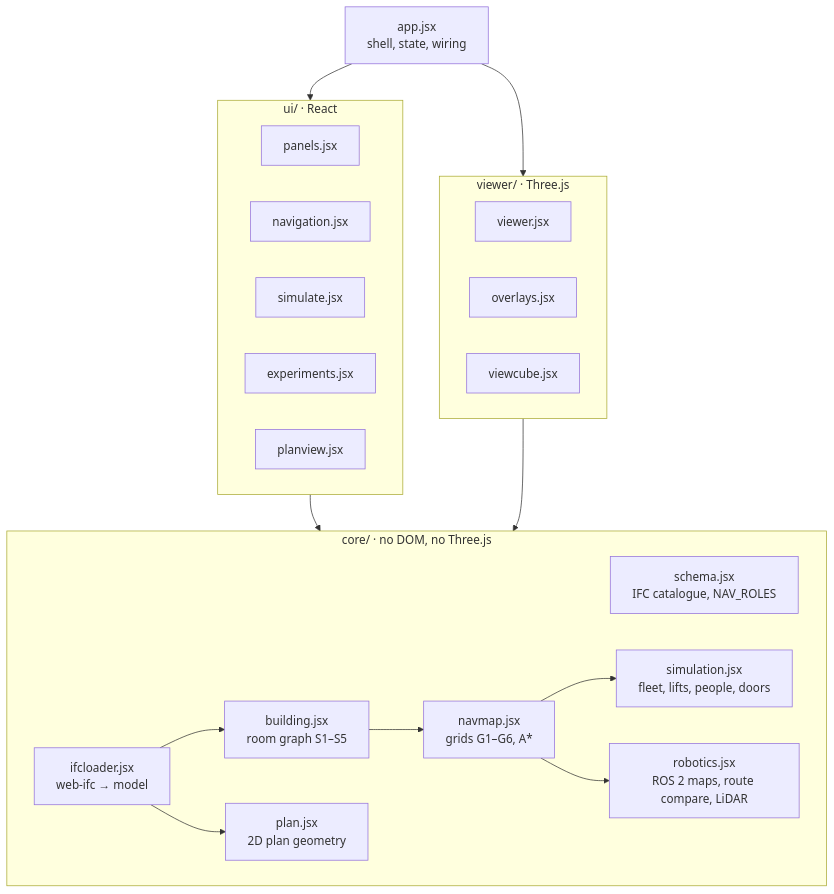
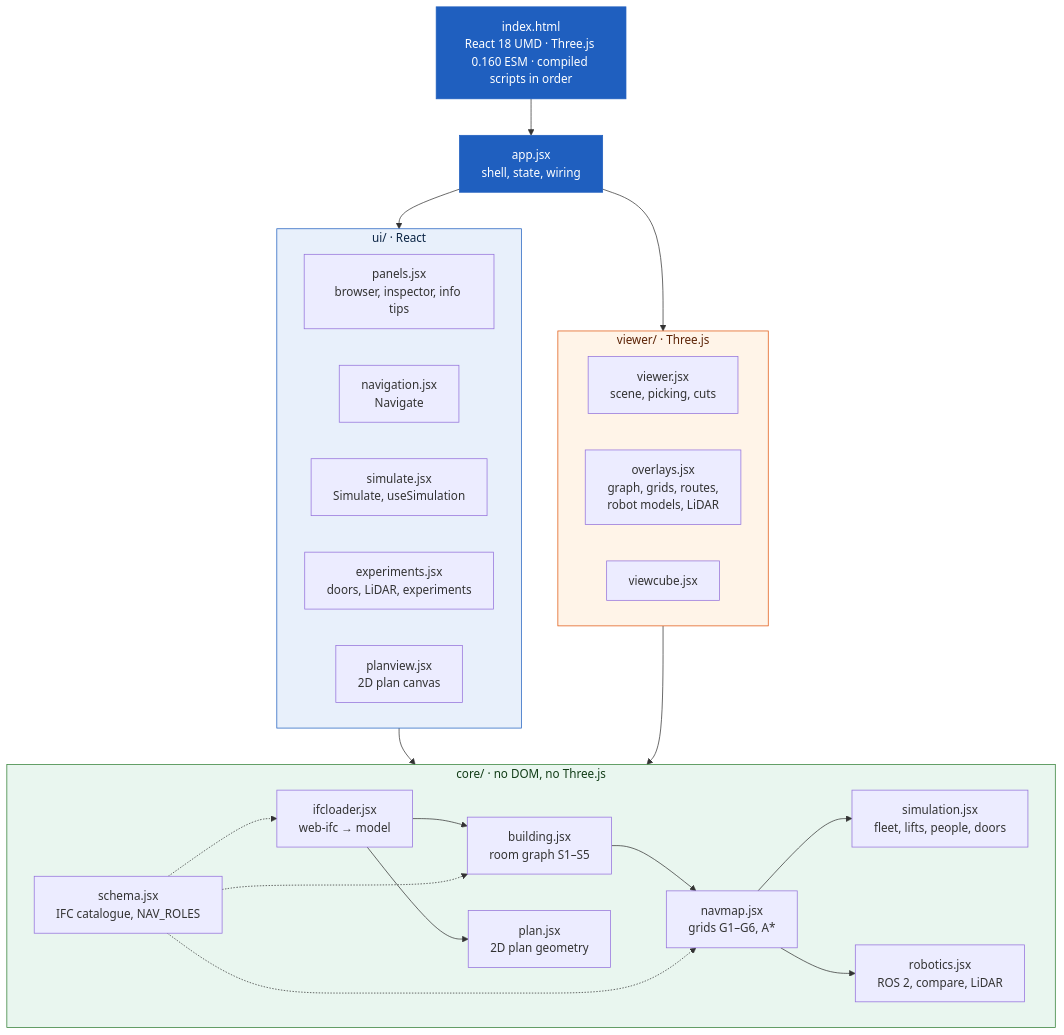
The third of 4 diagrams in README.md (isaddiq/BIM2Bot-Lab), drawn with Mermaid before and after one commit. The commit also changed other lines of this file and 5 other files, not shown here.

````diff
--- a/README.md
+++ b/README.md
@@ -193,31 +291,38 @@
 ```mermaid
 flowchart TB
+    html["index.html<br/>React 18 UMD · Three.js 0.160 ESM · compiled scripts in order"]:::shell
+    app["app.jsx<br/>shell, state, wiring"]:::shell
+    subgraph ui["ui/ · React"]
+        panels["panels.jsx<br/>browser, inspector, info tips"]
+        nav["navigation.jsx<br/>Navigate"]
+        simui["simulate.jsx<br/>Simulate, useSimulation"]
+        exp["experiments.jsx<br/>doors, LiDAR, experiments"]
+        pv["planview.jsx<br/>2D plan canvas"]
+    end
+    subgraph viewer["viewer/ · Three.js"]
+        three["viewer.jsx<br/>scene, picking, cuts"]
+        overlays["overlays.jsx<br/>graph, grids, routes,<br/>robot models, LiDAR"]
+        cube["viewcube.jsx"]
+    end
     subgraph core["core/ · no DOM, no Three.js"]
         schema["schema.jsx<br/>IFC catalogue, NAV_ROLES"]
         loader["ifcloader.jsx<br/>web-ifc → model"]
         building["building.jsx<br/>room graph S1–S5"]
         navmap["navmap.jsx<br/>grids G1–G6, A*"]
         sim["simulation.jsx<br/>fleet, lifts, people, doors"]
-        robo["robotics.jsx<br/>ROS 2 maps, route compare, LiDAR"]
+        robo["robotics.jsx<br/>ROS 2, compare, LiDAR"]
         plan["plan.jsx<br/>2D plan geometry"]
     end
-    subgraph viewer["viewer/ · Three.js"]
-        three["viewer.jsx"]
-        overlays["overlays.jsx"]
-        cube["viewcube.jsx"]
-    end
-    subgraph ui["ui/ · React"]
-        panels["panels.jsx"]
-        nav["navigation.jsx"]
-        simui["simulate.jsx"]
-        exp["experiments.jsx"]
-        pv["planview.jsx"]
-    end
-    app["app.jsx<br/>shell, state, wiring"]
+    html --> app --> ui & viewer
+    ui --> core
+    viewer --> core
     loader --> building --> navmap --> sim
     navmap --> robo
     loader --> plan
-    app --> ui & viewer
-    ui --> core
-    viewer --> core
+    schema -.-> loader & building & navmap
+
+    classDef shell fill:#1f5fbf,stroke:#1f5fbf,color:#ffffff
+    style core fill:#e9f6ef,stroke:#2e7d32,color:#123d17
+    style viewer fill:#fff4e8,stroke:#e0560f,color:#5c2306
+    style ui fill:#e8f0fb,stroke:#1f5fbf,color:#0b2545
 ```
````
